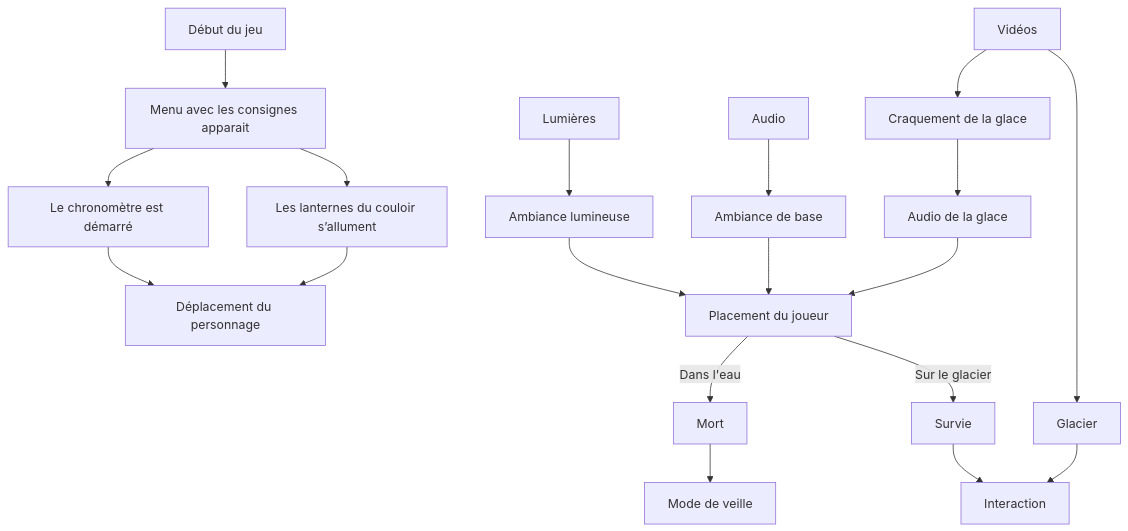
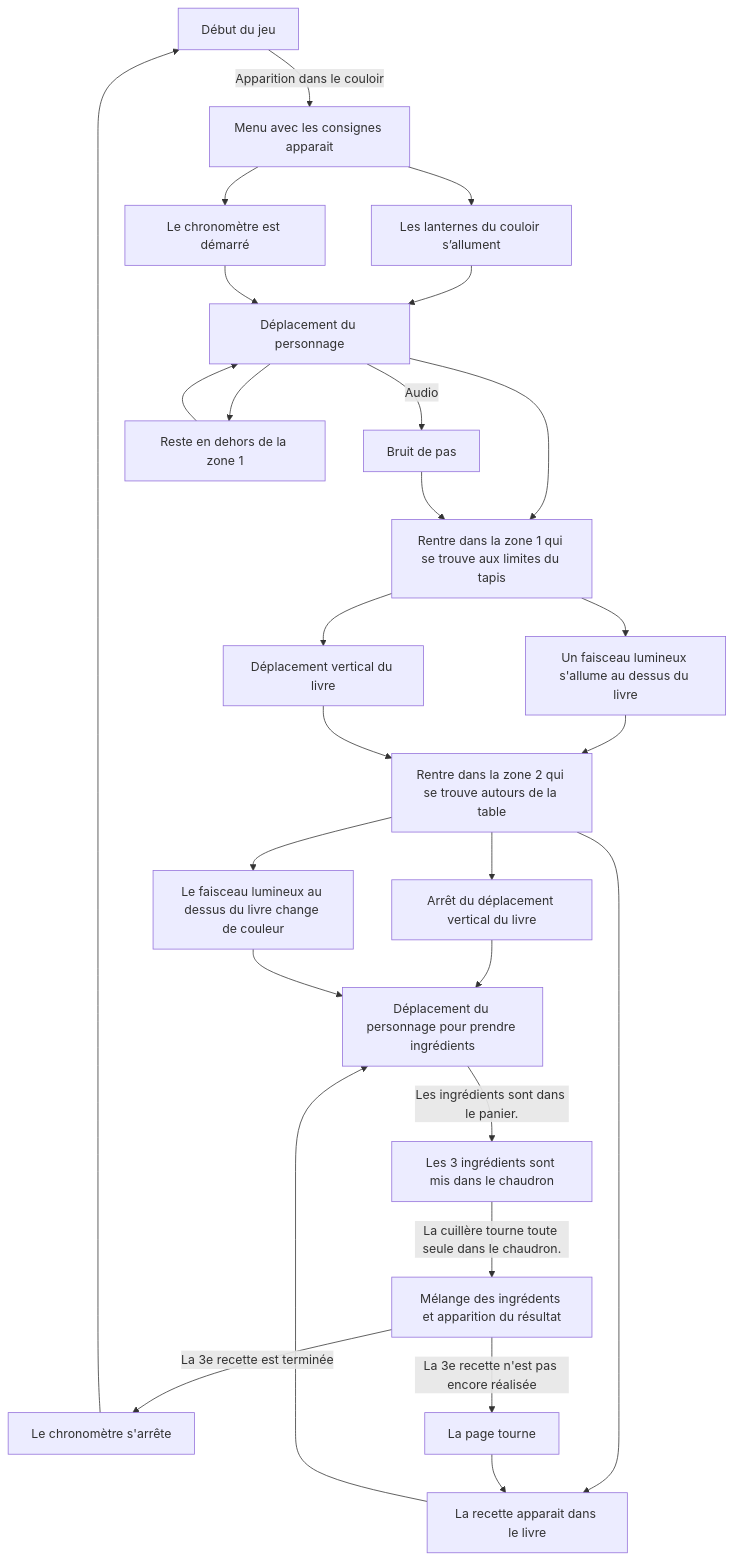
Before and after one commit to rprethi/mystimix: the diagram in README.md, drawn with Mermaid.

Commit message:
schéma d'interactivité

````diff
--- a/README.md
+++ b/README.md
@@ -34,21 +34,29 @@
 ```mermaid
 graph TD;
-    Début[Début du jeu]-->Menu[Menu avec les consignes apparait];
+    Début[Début du jeu]-->| Apparition dans le couloir |Menu[Menu avec les consignes apparait];
     Menu[Menu avec les consignes apparait]-->Chronomètre[Le chronomètre est démarré];
     Menu[Menu avec les consignes apparait]-->Lanternes[Les lanternes du couloir s’allument];
     Lanternes[Les lanternes du couloir s’allument]-->Déplacement[Déplacement du personnage];
     Chronomètre[Le chronomètre est démarré]-->Déplacement[Déplacement du personnage];
-    Lumières-->AmbianceLumineuse[Ambiance lumineuse];
-    Audio-->AmbianceBase[Ambiance de base];
-    Craquement-->Glace[Audio de la glace];
-    Vidéos-->Craquement[Craquement de la glace];
-    Vidéos-->Stable[Glacier];
-    Stable-->Interaction;
-    Glace-->Placement[Placement du joueur];
-    AmbianceLumineuse-->Placement[Placement du joueur];
-    AmbianceBase-->Placement[Placement du joueur];
-    Placement-->| Dans l'eau |Mort;
-    Placement-->| Sur le glacier |Survie;
-    Survie-->Interaction;
-    Mort-->Veille[Mode de veille];
+    Déplacement[Déplacement du personnage]-->|Audio|Bruit[Bruit de pas];
+    Déplacement[Déplacement du personnage]-->Zone1[Rentre dans la zone 1];
+    Déplacement[Déplacement du personnage]-->ExtérieurZone1[Reste en dehors de la zone 1];
+    ExtérieurZone1[Reste en dehors de la zone 1]-->Déplacement[Déplacement du personnage];
+    Bruit[Bruit de pas]-->Zone1[Rentre dans la zone 1 qui se trouve aux limites du tapis];
+    Zone1[Rentre dans la zone 1 qui se trouve aux limites du tapis]-->DéplacementLivre[Déplacement vertical du livre];
+    Zone1[Rentre dans la zone 1 qui se trouve aux limites du tapis]-->LumièreLivre[Un faisceau lumineux s'allume au dessus du livre];
+    LumièreLivre[Un faisceau lumineux s'allume au dessus du livre]-->Zone2[Rentre dans la zone 2 qui se trouve autours de la table];
+    DéplacementLivre[Déplacement vertical du livre]-->Zone2[Rentre dans la zone 2 qui se trouve autours de la table];
+    Zone2[Rentre dans la zone 2 qui se trouve autours de la table]-->ArrêtDéplacementLivre[Arrêt du déplacement vertical du livre];
+    Zone2[Rentre dans la zone 2 qui se trouve autours de la table]-->CouleurLumièreLivre[Le faisceau lumineux au dessus du livre change de couleur];
+    Zone2[Rentre dans la zone 2 qui se trouve autours de la table]-->Recette[La recette apparait dans le livre];
+    ArrêtDéplacementLivre[Arrêt du déplacement vertical du livre]-->DéplacementIngrédients[Déplacement du personnage pour prendre ingrédients];
+    CouleurLumièreLivre[Le faisceau lumineux au dessus du livre change de couleur]-->DéplacementIngrédients[Déplacement du personnage pour prendre ingrédients];
+    Recette[La recette apparait dans le livre]-->DéplacementIngrédients[Déplacement du personnage pour prendre ingrédients];
+    DéplacementIngrédients[Déplacement du personnage pour prendre ingrédients]-->| Les ingrédients sont dans le panier. |IngrédientsChaudron[Les 3 ingrédients sont mis dans le chaudron];
+    IngrédientsChaudron[Les 3 ingrédients sont mis dans le chaudron]-->| La cuillère tourne toute seule dans le chaudron. |MélangeIngrédients[Mélange des ingrédents et apparition du résultat];
+    MélangeIngrédients[Mélange des ingrédents et apparition du résultat]-->| La 3e recette est terminée |ArrêtChronomètre[Le chronomètre s'arrête];
+    MélangeIngrédients[Mélange des ingrédents et apparition du résultat]-->| La 3e recette n'est pas encore réalisée |Page[La page tourne];
+    Page[La page tourne]-->Recette[La recette apparait dans le livre];
+    ArrêtChronomètre[Le chronomètre s'arrête]-->Début[Début du jeu];
 ```
````
